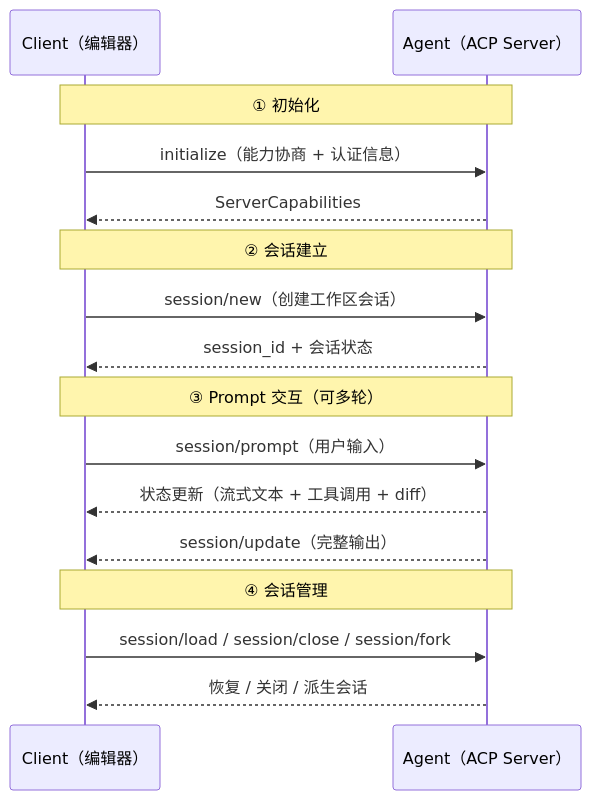
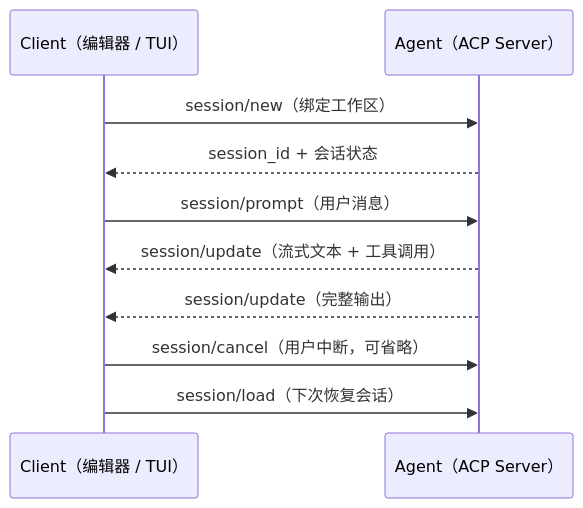
Before and after one commit to KonghaYao/peri-cool: the first of 2 diagrams in src/content/posts/engineering/acp-positioning.mdx, drawn with Mermaid. The commit also changed other lines of this file and 27 other files, not shown here.

````diff
--- a/src/content/posts/engineering/acp-positioning.mdx
+++ b/src/content/posts/engineering/acp-positioning.mdx
@@ -76,22 +54,13 @@
 ```mermaid
 sequenceDiagram
-    participant C as Client（编辑器）
+    participant C as Client（编辑器 / TUI）
     participant A as Agent（ACP Server）
 
-    Note over C,A: ① 初始化
-    C->>A: initialize（能力协商 + 认证信息）
-    A-->>C: ServerCapabilities
-
-    Note over C,A: ② 会话建立
-    C->>A: session/new（创建工作区会话）
+    C->>A: session/new（绑定工作区）
     A-->>C: session_id + 会话状态
-
-    Note over C,A: ③ Prompt 交互（可多轮）
-    C->>A: session/prompt（用户输入）
-    A-->>C: 状态更新（流式文本 + 工具调用 + diff）
+    C->>A: session/prompt（用户消息）
+    A-->>C: session/update（流式文本 + 工具调用）
     A-->>C: session/update（完整输出）
-
-    Note over C,A: ④ 会话管理
-    C->>A: session/load / session/close / session/fork
-    A-->>C: 恢复 / 关闭 / 派生会话
+    C->>A: session/cancel（用户中断，可省略）
+    C->>A: session/load（下次恢复会话）
 ```
````
